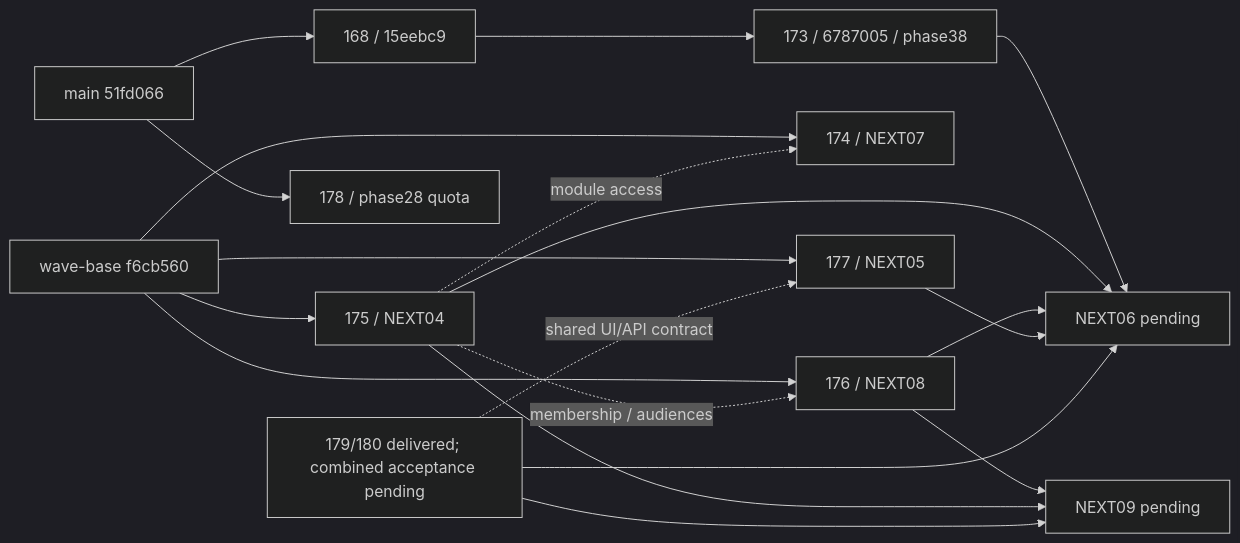
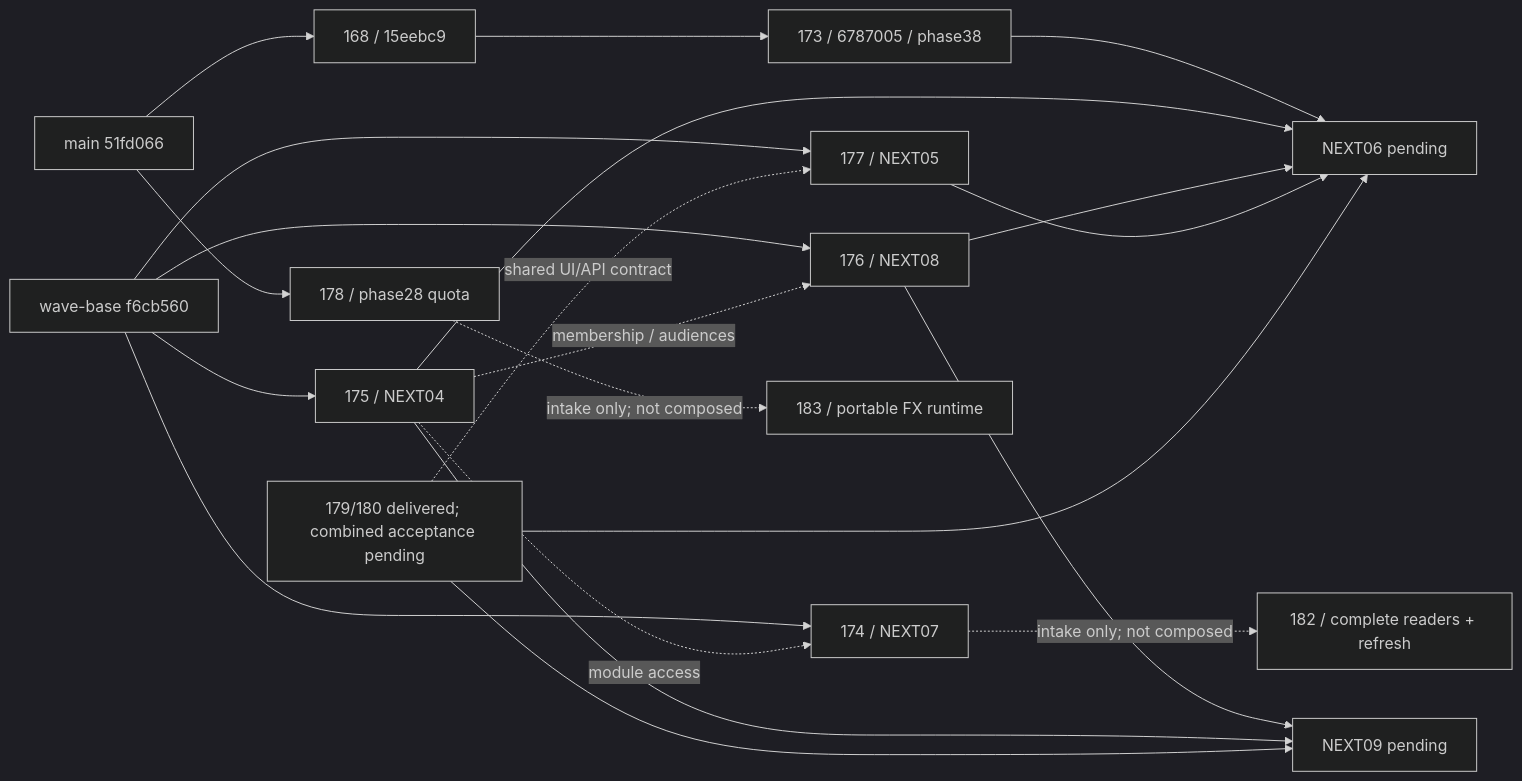
The diagram in docs/ops/seasonal-program/FOLLOWUP-06-RESULT.md (safariarash7777-source/portfolio-platform), drawn with Mermaid (dark theme) before and after one commit. The commit also changed other lines of this file and 1 other file, not shown here.

Commit message:
docs(followup06): inventory market and portable FX inputs

````diff
--- a/docs/ops/seasonal-program/FOLLOWUP-06-RESULT.md
+++ b/docs/ops/seasonal-program/FOLLOWUP-06-RESULT.md
@@ -77,21 +96,23 @@
 ```mermaid
 flowchart LR
   MAIN["main 51fd066"] --> P168["168 / 15eebc9"]
   P168 --> P173["173 / 6787005 / phase38"]
   BASE["wave-base f6cb560"] --> P175["175 / NEXT04"]
   BASE --> P174["174 / NEXT07"]
   BASE --> P176["176 / NEXT08"]
   BASE --> P177["177 / NEXT05"]
   P175 -. "module access" .-> P174
+  P174 -. "intake only; not composed" .-> F182["182 / complete readers + refresh"]
   P175 -. "membership / audiences" .-> P176
   MAIN --> P178["178 / phase28 quota"]
+  P178 -. "intake only; not composed" .-> F183["183 / portable FX runtime"]
   P173 --> N06["NEXT06 pending"]
   P175 --> N06
   P176 --> N06
   P177 --> N06
   AUTH["179/180 delivered; combined acceptance pending"] --> N06
   AUTH -. "shared UI/API contract" .-> P177
   P176 --> N09["NEXT09 pending"]
   P175 --> N09
   AUTH --> N09
 ```
````
